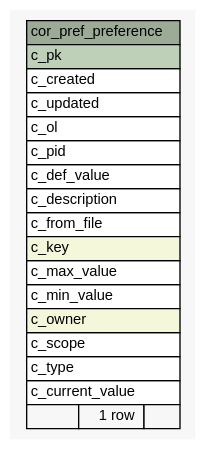
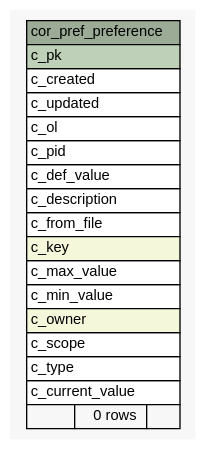
One commit to openwms/org.openwms.core.preferences.lib changed the diagram in 1.0.0-SNAPSHOT/schemaspy/diagrams/summary/cor_pref_preference.1degree.dot. Above: the diagram before and after it, drawn with Graphviz. The commit also changed 146 other files, not shown here.

```diff
--- a/1.0.0-SNAPSHOT/schemaspy/diagrams/summary/cor_pref_preference.1degree.dot
+++ b/1.0.0-SNAPSHOT/schemaspy/diagrams/summary/cor_pref_preference.1degree.dot
@@ -1,44 +1,44 @@
-// dot 2.43.0 on Linux 5.8.0-1039-azure
+// dot 2.43.0 on Linux 5.8.0-1041-azure
 // SchemaSpy rev Unknown
 digraph "cor_pref_preference" {
   graph [
     rankdir="RL"
     bgcolor="#f7f7f7"
     nodesep="0.18"
     ranksep="0.46"
     fontname="Helvetica"
     fontsize="11"
   ];
   node [
     fontname="Helvetica"
     fontsize="11"
     shape="plaintext"
   ];
   edge [
     arrowsize="0.8"
   ];
   "cor_pref_preference" [
     label=<
     <TABLE BORDER="0" CELLBORDER="1" CELLSPACING="0" BGCOLOR="#ffffff">
       <TR><TD COLSPAN="3" BGCOLOR="#9bab96" ALIGN="CENTER">cor_pref_preference</TD></TR>
       <TR><TD PORT="c_pk" COLSPAN="3" BGCOLOR="#bed1b8" ALIGN="LEFT">c_pk</TD></TR>
       <TR><TD PORT="c_created" COLSPAN="3" ALIGN="LEFT">c_created</TD></TR>
       <TR><TD PORT="c_updated" COLSPAN="3" ALIGN="LEFT">c_updated</TD></TR>
       <TR><TD PORT="c_ol" COLSPAN="3" ALIGN="LEFT">c_ol</TD></TR>
       <TR><TD PORT="c_pid" COLSPAN="3" ALIGN="LEFT">c_pid</TD></TR>
       <TR><TD PORT="c_def_value" COLSPAN="3" ALIGN="LEFT">c_def_value</TD></TR>
       <TR><TD PORT="c_description" COLSPAN="3" ALIGN="LEFT">c_description</TD></TR>
       <TR><TD PORT="c_from_file" COLSPAN="3" ALIGN="LEFT">c_from_file</TD></TR>
       <TR><TD PORT="c_key" COLSPAN="3" BGCOLOR="#f4f7da" ALIGN="LEFT">c_key</TD></TR>
       <TR><TD PORT="c_max_value" COLSPAN="3" ALIGN="LEFT">c_max_value</TD></TR>
       <TR><TD PORT="c_min_value" COLSPAN="3" ALIGN="LEFT">c_min_value</TD></TR>
       <TR><TD PORT="c_owner" COLSPAN="3" BGCOLOR="#f4f7da" ALIGN="LEFT">c_owner</TD></TR>
       <TR><TD PORT="c_scope" COLSPAN="3" ALIGN="LEFT">c_scope</TD></TR>
       <TR><TD PORT="c_type" COLSPAN="3" ALIGN="LEFT">c_type</TD></TR>
       <TR><TD PORT="c_current_value" COLSPAN="3" ALIGN="LEFT">c_current_value</TD></TR>
-      <TR><TD ALIGN="LEFT" BGCOLOR="#f7f7f7">  </TD><TD ALIGN="RIGHT" BGCOLOR="#f7f7f7">1 row</TD><TD ALIGN="RIGHT" BGCOLOR="#f7f7f7">  </TD></TR>
+      <TR><TD ALIGN="LEFT" BGCOLOR="#f7f7f7">  </TD><TD ALIGN="RIGHT" BGCOLOR="#f7f7f7">0 rows</TD><TD ALIGN="RIGHT" BGCOLOR="#f7f7f7">  </TD></TR>
     </TABLE>>
     URL="tables/cor_pref_preference.html"
     tooltip="cor_pref_preference"
   ];
 }
```
